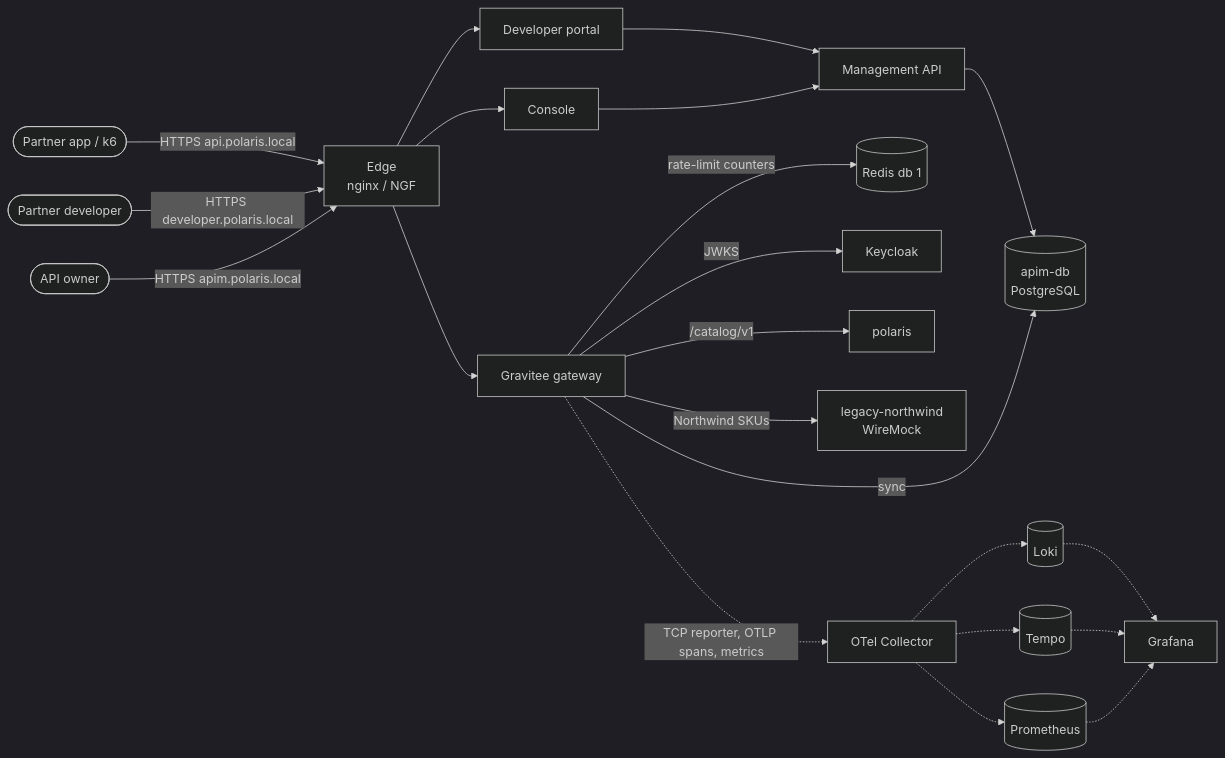
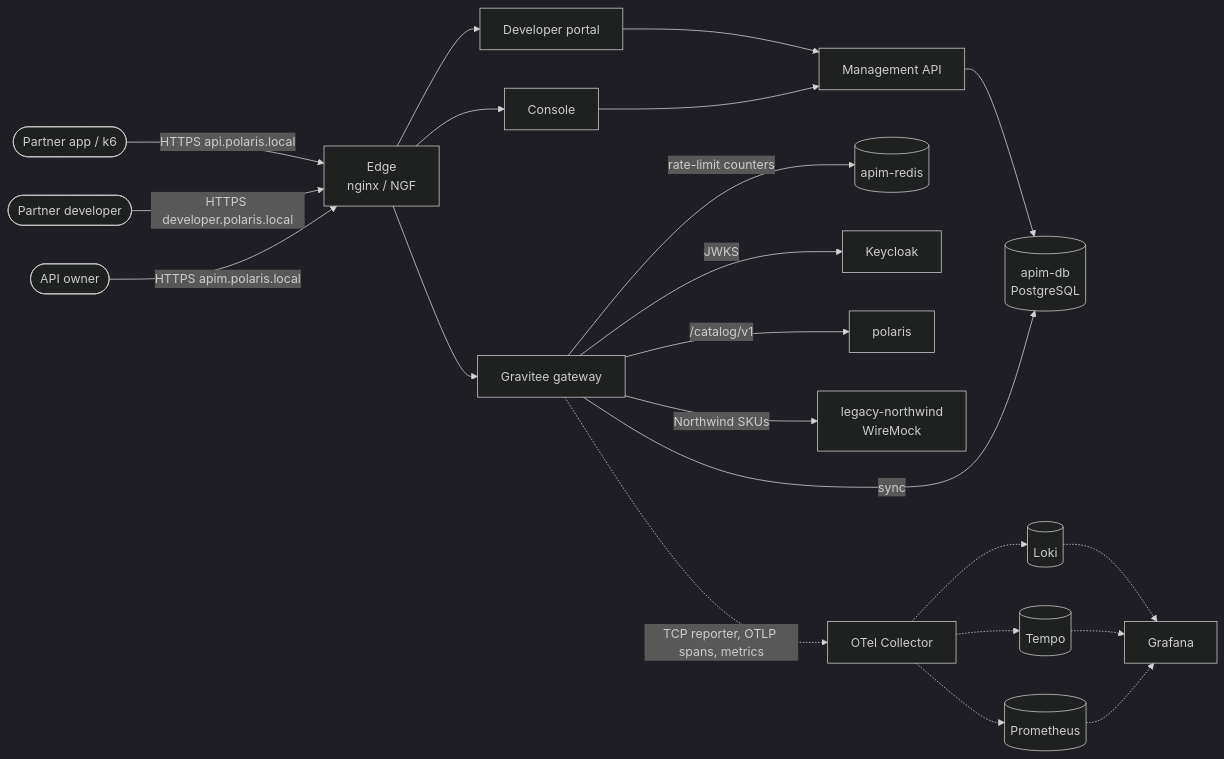
The diagram in docs/development/plan/api-management.md (vungdv/polaris-assistant), drawn with Mermaid (dark theme) before and after one commit. The commit also changed other lines of this file and 1 other file, not shown here.

Commit message:
docs(plan): D3 rate-limit counters on a dedicated apim-redis

````diff
--- a/docs/development/plan/api-management.md
+++ b/docs/development/plan/api-management.md
@@ -48,19 +48,19 @@
 ```mermaid
 flowchart LR
   partner([Partner app / k6]) -->|HTTPS api.polaris.local| edge[Edge<br/>nginx / NGF]
   dev([Partner developer]) -->|HTTPS developer.polaris.local| edge
   owner([API owner]) -->|HTTPS apim.polaris.local| edge
   edge --> gw[Gravitee gateway]
   edge --> portal[Developer portal]
   edge --> console[Console]
   portal & console --> mapi[Management API]
   mapi --> adb[(apim-db<br/>PostgreSQL)]
   gw -->|sync| adb
-  gw -->|rate-limit counters| redis[(Redis db 1)]
+  gw -->|rate-limit counters| redis[(apim-redis)]
   gw -->|JWKS| kc[Keycloak]
   gw -->|/catalog/v1| polaris
   gw -->|Northwind SKUs| nw[legacy-northwind<br/>WireMock]
   gw -.->|TCP reporter, OTLP spans, metrics| otel[OTel Collector]
   otel -.-> loki[(Loki)] & tempo[(Tempo)] & prom[(Prometheus)]
   loki & tempo & prom -.-> grafana[Grafana]
 ```
````
